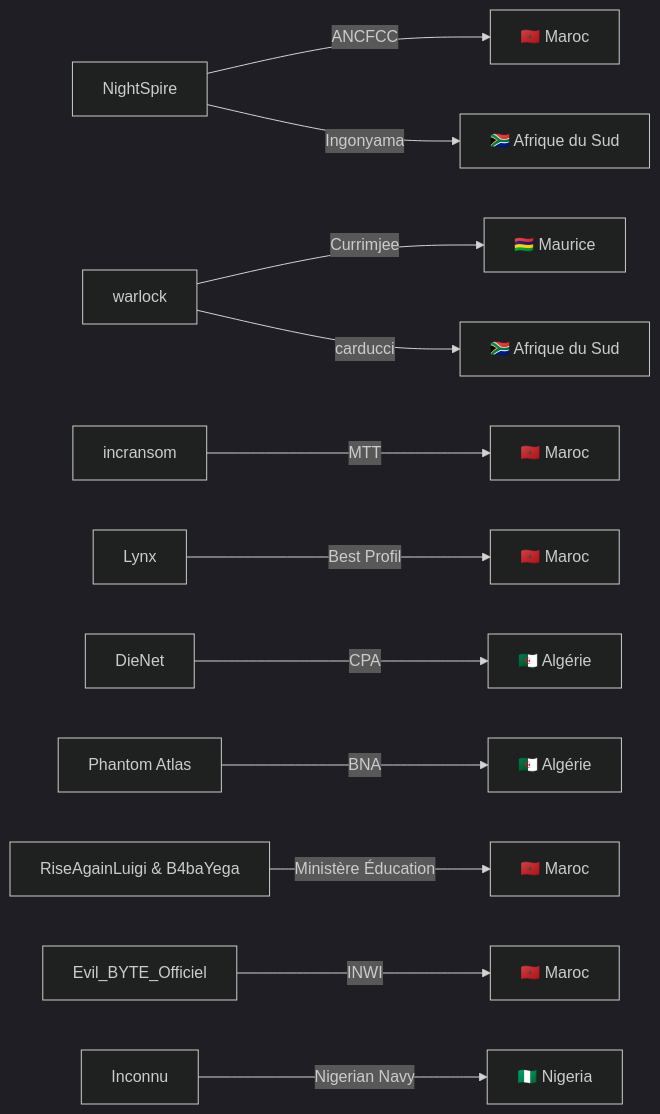
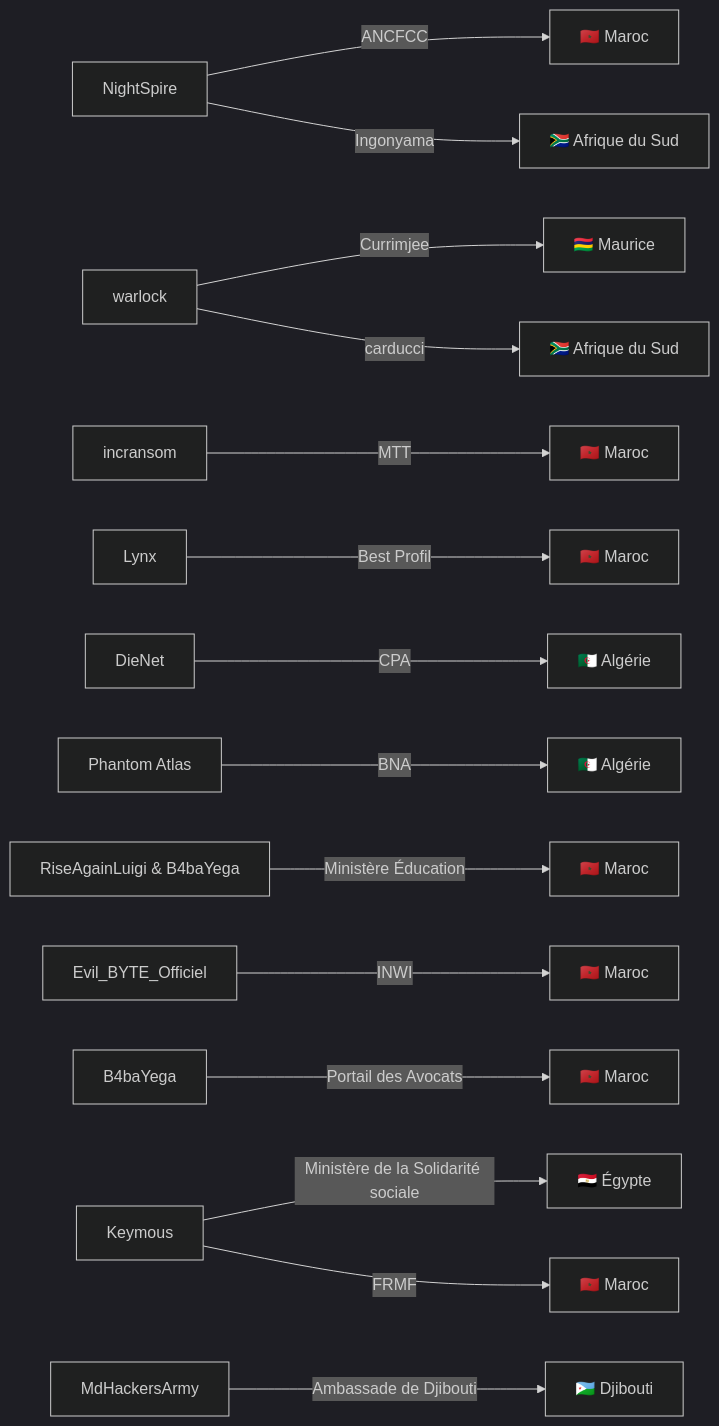
The fourth of 5 diagrams in CyberAttackAfrica/2025/06-june/README_FR.md (Hatchepsoute/AFRINTEL), drawn with Mermaid (dark theme) before and after one commit. The commit also changed other lines of this file and 255 other files, not shown here.

````diff
--- a/CyberAttackAfrica/2025/06-june/README_FR.md
+++ b/CyberAttackAfrica/2025/06-june/README_FR.md
@@ -121,14 +151,17 @@
 ```mermaid
 graph LR
     NightSpire -->|ANCFCC| Maroc1["🇲🇦 Maroc"]
     NightSpire -->|Ingonyama| AfriqueSud1["🇿🇦 Afrique du Sud"]
     warlock -->|Currimjee| Maurice["🇲🇺 Maurice"]
     warlock -->|carducci| AfriqueSud2["🇿🇦 Afrique du Sud"]
     incransom -->|MTT| Maroc2["🇲🇦 Maroc"]
     Lynx -->|Best Profil| Maroc3["🇲🇦 Maroc"]
     DieNet -->|CPA| Algerie1["🇩🇿 Algérie"]
     PhantomAtlas["Phantom Atlas"] -->|BNA| Algerie2["🇩🇿 Algérie"]
     RiseAgain["RiseAgainLuigi & B4baYega"] -->|Ministère Éducation| Maroc4["🇲🇦 Maroc"]
     EvilByte["Evil_BYTE_Officiel"] -->|INWI| Maroc5["🇲🇦 Maroc"]
-    Inconnu -->|Nigerian Navy| Nigeria["🇳🇬 Nigeria"]
+    B4baYega -->|Portail des Avocats| Maroc6["🇲🇦 Maroc"]
+    Keymous -->|Ministère de la Solidarité sociale| Egypte1["🇪🇬 Égypte"]
+    Keymous -->|FRMF| Maroc7["🇲🇦 Maroc"]
+    MdHackersArmy -->|Ambassade de Djibouti| Djibouti1["🇩🇯 Djibouti"]
 ```
````
